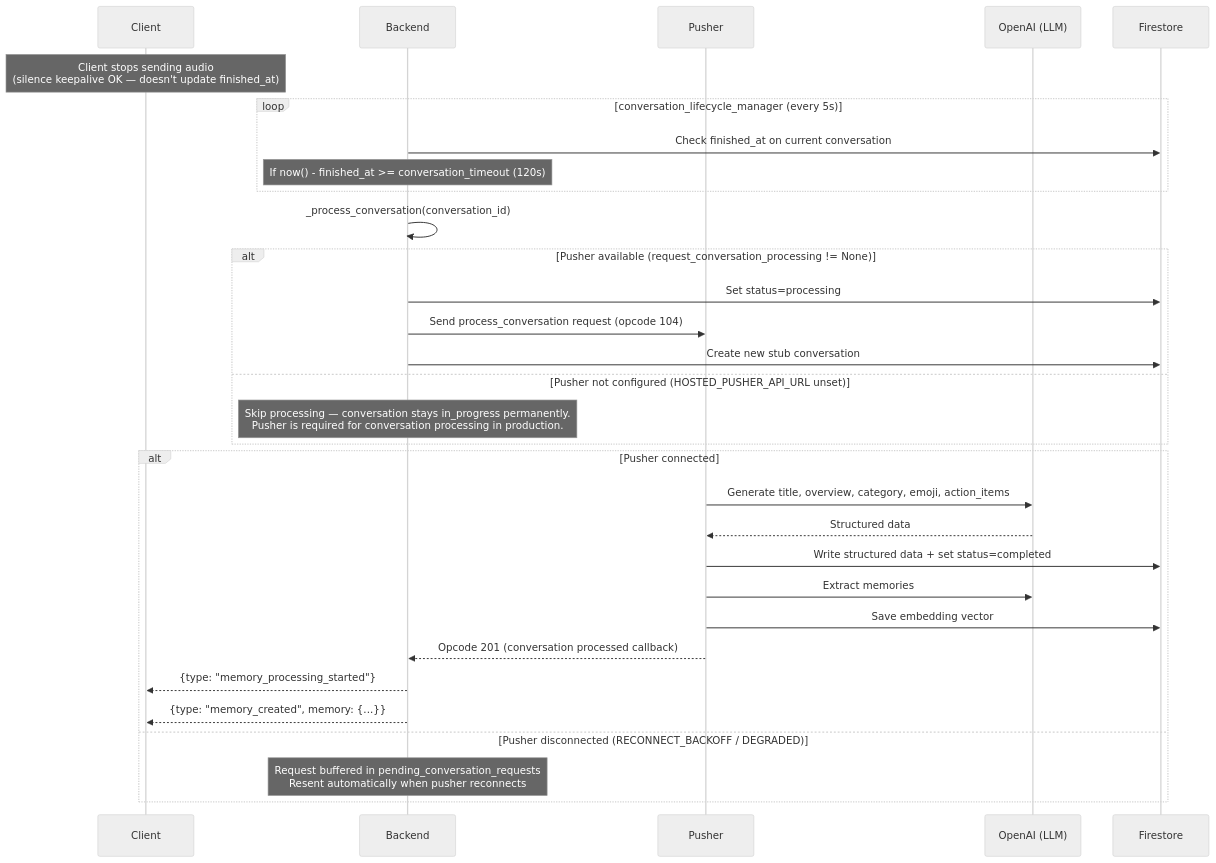
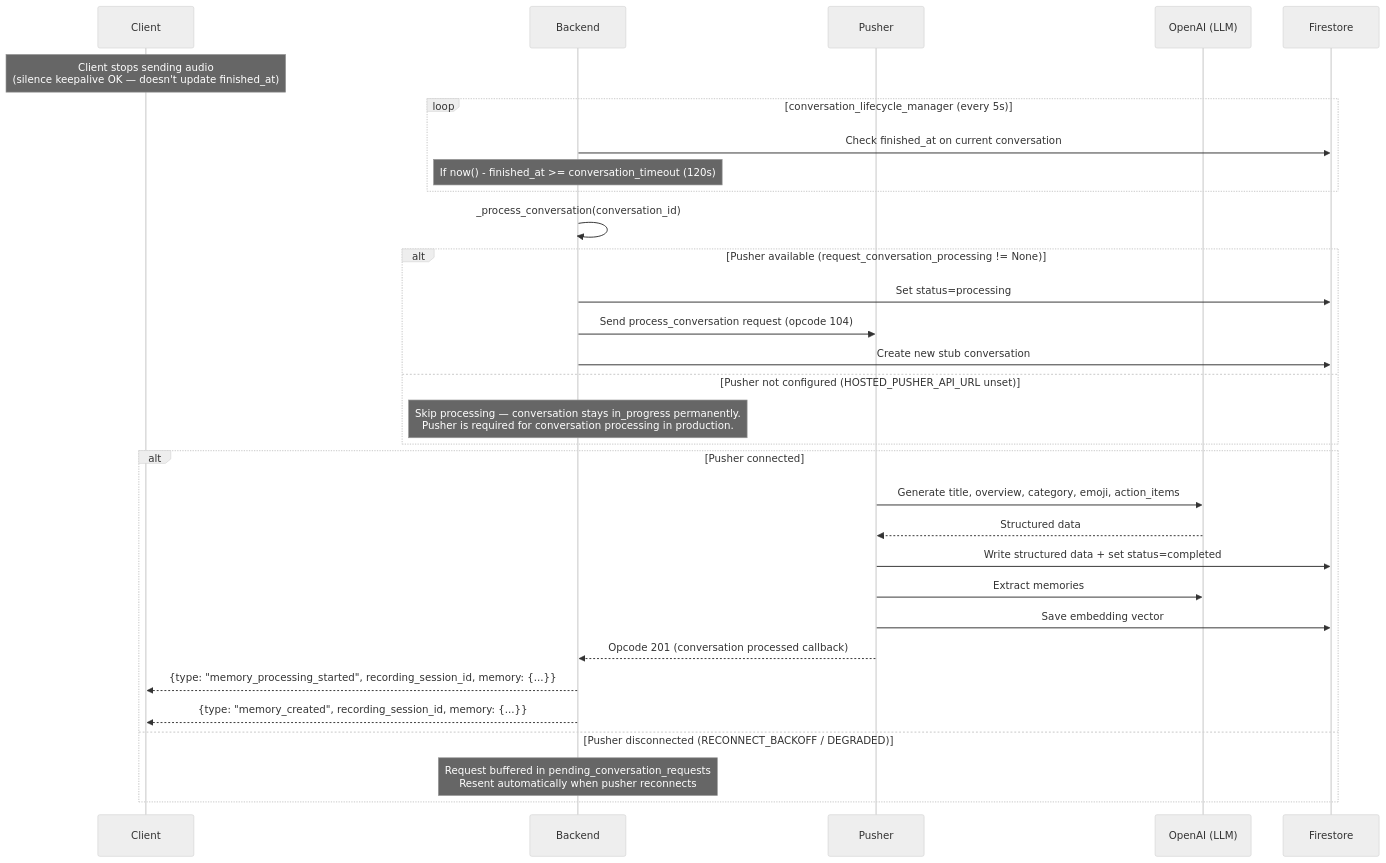
Before and after one commit to BasedHardware/omi: the second of 6 diagrams in docs/doc/developer/backend/listen_pusher_pipeline.mdx, drawn with Mermaid (neutral theme). The commit also changed other lines of this file and 10 other files, not shown here.

````diff
--- a/docs/doc/developer/backend/listen_pusher_pipeline.mdx
+++ b/docs/doc/developer/backend/listen_pusher_pipeline.mdx
@@ -79,37 +92,37 @@
 ```mermaid
 sequenceDiagram
     participant Client
     participant Backend as Backend
     participant Pusher
     participant OpenAI as OpenAI (LLM)
     participant Firestore
 
     Note over Client: Client stops sending audio<br/>(silence keepalive OK — doesn't update finished_at)
 
     loop conversation_lifecycle_manager (every 5s)
         Backend->>Firestore: Check finished_at on current conversation
         Note over Backend: If now() - finished_at >= conversation_timeout (120s)
     end
 
     Backend->>Backend: _process_conversation(conversation_id)
     alt Pusher available (request_conversation_processing != None)
         Backend->>Firestore: Set status=processing
         Backend->>Pusher: Send process_conversation request (opcode 104)
         Backend->>Firestore: Create new stub conversation
     else Pusher not configured (HOSTED_PUSHER_API_URL unset)
         Note over Backend: Skip processing — conversation stays in_progress permanently.<br/>Pusher is required for conversation processing in production.
     end
 
     alt Pusher connected
         Pusher->>OpenAI: Generate title, overview, category, emoji, action_items
         OpenAI-->>Pusher: Structured data
         Pusher->>Firestore: Write structured data + set status=completed
         Pusher->>OpenAI: Extract memories
         Pusher->>Firestore: Save embedding vector
         Pusher-->>Backend: Opcode 201 (conversation processed callback)
-        Backend-->>Client: {type: "memory_processing_started"}
-        Backend-->>Client: {type: "memory_created", memory: {...}}
+        Backend-->>Client: {type: "memory_processing_started", recording_session_id, memory: {...}}
+        Backend-->>Client: {type: "memory_created", recording_session_id, memory: {...}}
     else Pusher disconnected (RECONNECT_BACKOFF / DEGRADED)
         Note over Backend: Request buffered in pending_conversation_requests<br/>Resent automatically when pusher reconnects
     end
 ```
````
